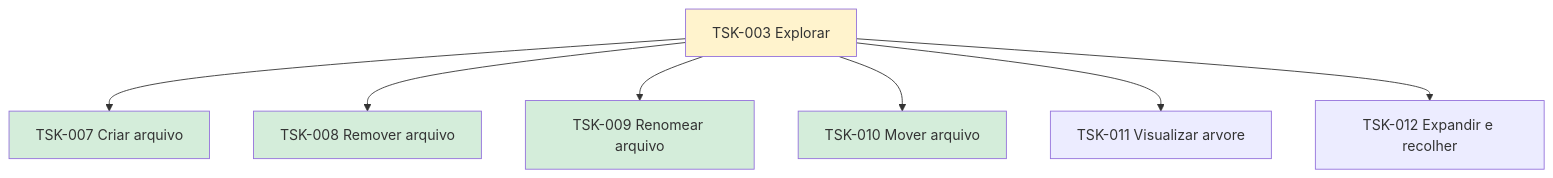
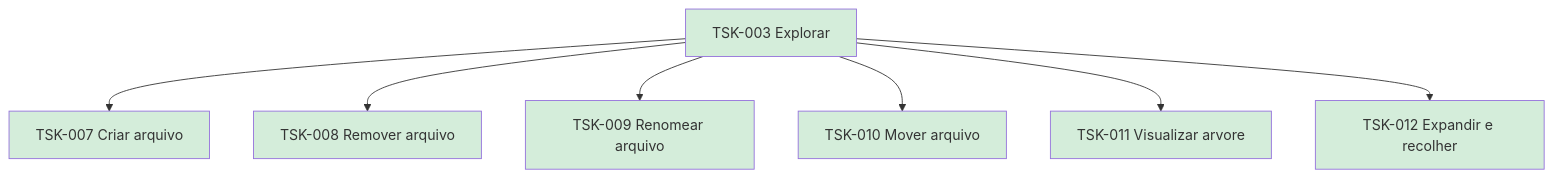
Before and after one commit to laerciogermano/workstation: the diagram in flow/tasks/TSK-001-criar-epico/TSK-002-criar-as-historias/TSK-003-explorar/README.md, drawn with Mermaid. The commit also changed other lines of this file and 10 other files, not shown here.

````diff
--- a/flow/tasks/TSK-001-criar-epico/TSK-002-criar-as-historias/TSK-003-explorar/README.md
+++ b/flow/tasks/TSK-001-criar-epico/TSK-002-criar-as-historias/TSK-003-explorar/README.md
@@ -12,21 +12,23 @@
 ```mermaid
 flowchart TD
   T003[TSK-003 Explorar]
   T007[TSK-007 Criar arquivo]
   T008[TSK-008 Remover arquivo]
   T009[TSK-009 Renomear arquivo]
   T010[TSK-010 Mover arquivo]
   T011[TSK-011 Visualizar arvore]
   T012[TSK-012 Expandir e recolher]
   T003 --> T007
   T003 --> T008
   T003 --> T009
   T003 --> T010
   T003 --> T011
   T003 --> T012
-  style T003 fill:#fff3cd
+  style T003 fill:#d4edda
   style T007 fill:#d4edda
   style T008 fill:#d4edda
   style T009 fill:#d4edda
   style T010 fill:#d4edda
+  style T011 fill:#d4edda
+  style T012 fill:#d4edda
 ```
````
